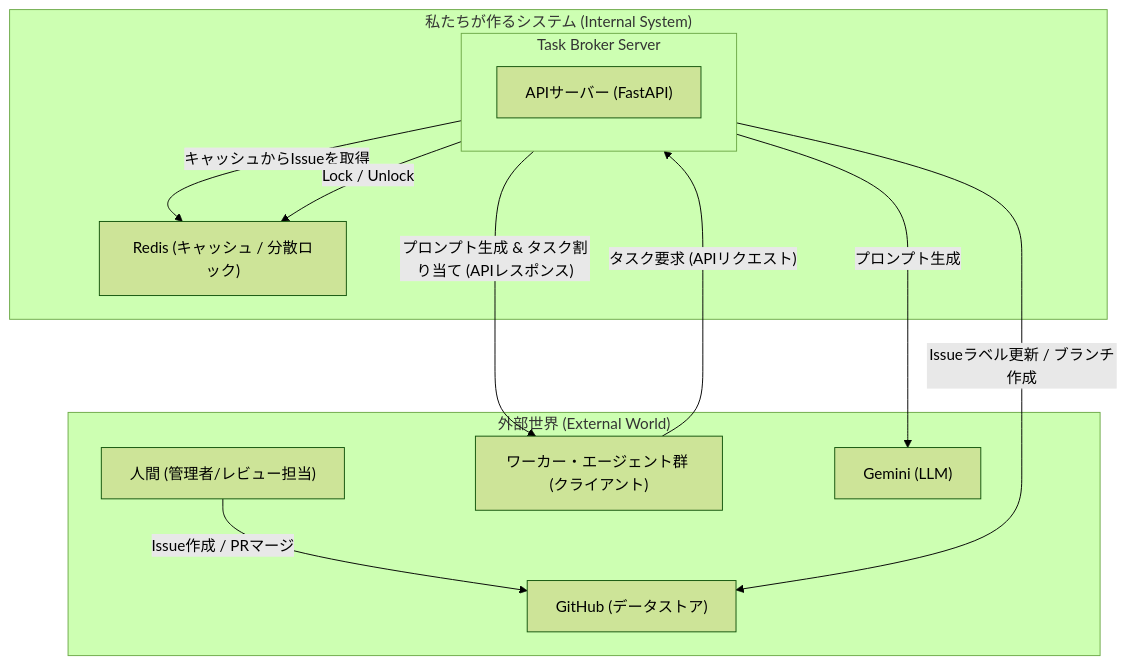
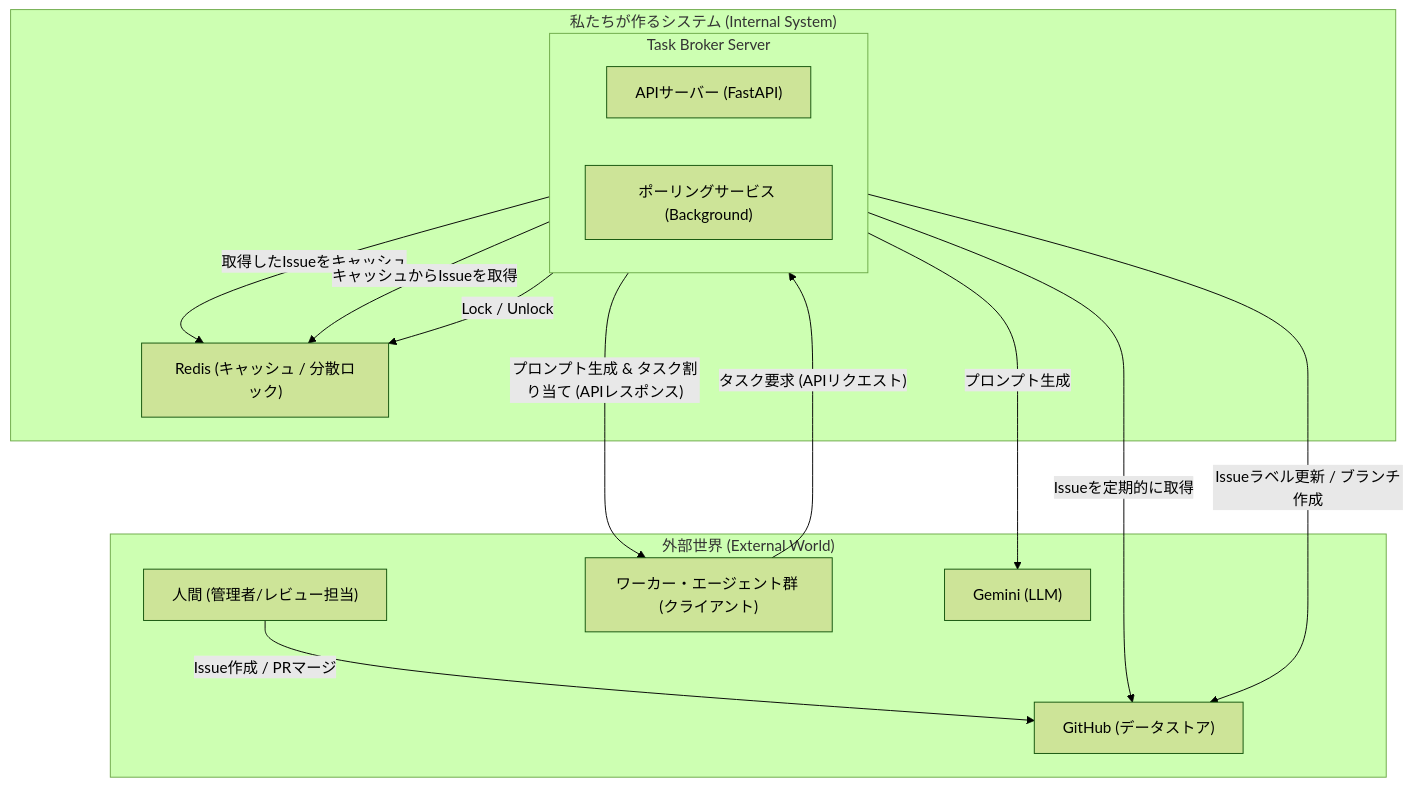
The first of 2 diagrams in docs/architecture/system_context.md (masa-codehub/github_broker), drawn with Mermaid (forest theme) before and after one commit. The commit also changed other lines of this file and 5 other files, not shown here.

First line of the commit message:
docs(architecture, guides): update design documents for server-side logic

````diff
--- a/docs/architecture/system_context.md
+++ b/docs/architecture/system_context.md
@@ -33,34 +33,41 @@
 ```mermaid
 graph TD
     subgraph "私たちが作るシステム (Internal System)"
         subgraph "Task Broker Server"
             direction LR
             ApiServer["APIサーバー (FastAPI)"]
+            PollingService["ポーリングサービス (Background)"]
         end
         Redis["Redis (キャッシュ / 分散ロック)"]
     end
 
     subgraph "外部世界 (External World)"
         Human["人間 (管理者/レビュー担当)"]
         Workers["ワーカー・エージェント群 (クライアント)"]
         GitHub["GitHub (データストア)"]
         Gemini["Gemini (LLM)"]
     end
 
     %% システム間の連携
     Human -- "Issue作成 / PRマージ" --> GitHub
+    
+    %% ポーリングサービスの連携
+    PollingService -- "Issueを定期的に取得" --> GitHub
+    PollingService -- "取得したIssueをキャッシュ" --> Redis
+
+    %% APIサーバーの連携
     ApiServer -- "Issueラベル更新 / ブランチ作成" --> GitHub
     ApiServer -- "キャッシュからIssueを取得" --> Redis
     ApiServer -- "Lock / Unlock" --> Redis
+    ApiServer -- "プロンプト生成" --> Gemini
 
+    %% ワーカーとの連携
     Workers -- "タスク要求 (APIリクエスト)" --> ApiServer
     ApiServer -- "プロンプト生成 & タスク割り当て (APIレスポンス)" --> Workers
-    ApiServer -- "プロンプト生成" --> Gemini
 
     %% ▼▼▼ ここから追加 ▼▼▼
     %% 上下のレイアウトを固定するための、見えないリンク
     Redis --> Human
-    linkStyle 7 stroke-width:0px, stroke:transparent
+    linkStyle 9 stroke-width:0px, stroke:transparent
     %% ▲▲▲ ここまで追加 ▲▲▲
-
 ```
````
